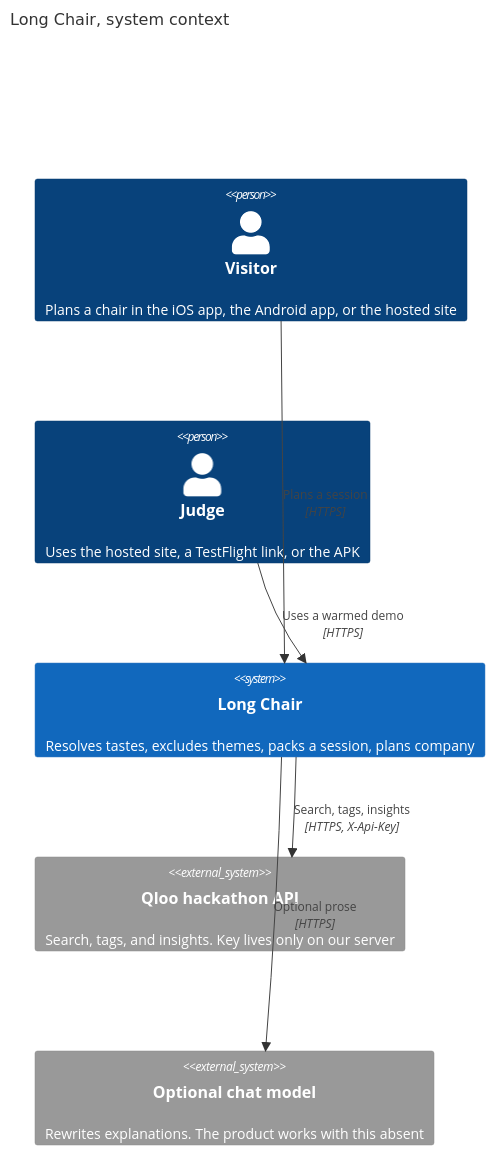
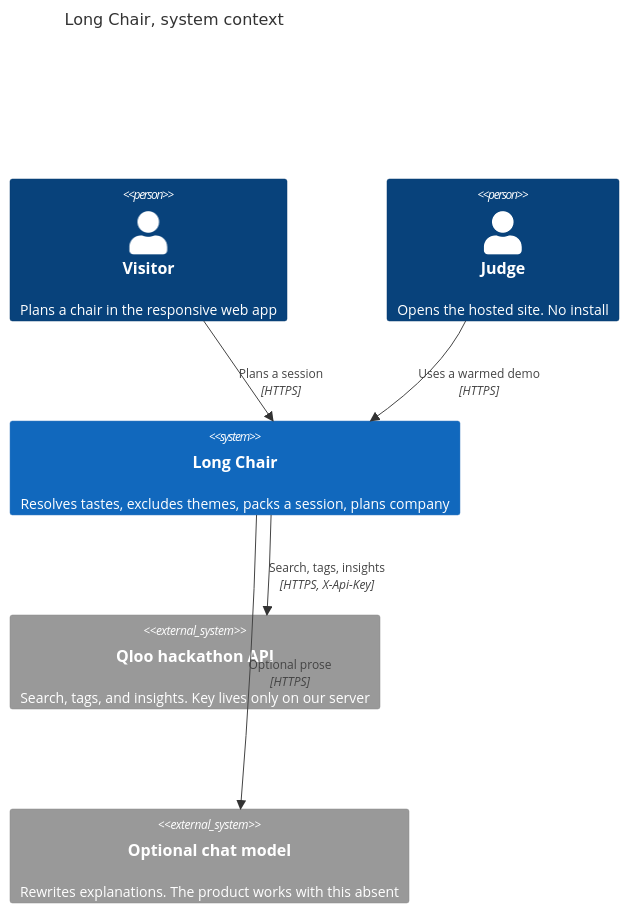
One commit to oscarito9410/long-chair changed the first of 6 diagrams in docs/architecture/ARCHITECTURE.md. Above: the diagram before and after it, drawn with Mermaid. The commit also changed other lines of this file and 219 other files, not shown here.

````diff
--- a/docs/architecture/ARCHITECTURE.md
+++ b/docs/architecture/ARCHITECTURE.md
@@ -26,15 +26,15 @@
 ```mermaid
 C4Context
 title Long Chair, system context
 
-Person(visitor, "Visitor", "Plans a chair in the iOS app, the Android app, or the hosted site")
-Person(judge, "Judge", "Uses the hosted site, a TestFlight link, or the APK")
+Person(visitor, "Visitor", "Plans a chair in the responsive web app")
+Person(judge, "Judge", "Opens the hosted site. No install")
 System(longchair, "Long Chair", "Resolves tastes, excludes themes, packs a session, plans company")
 System_Ext(qloo, "Qloo hackathon API", "Search, tags, and insights. Key lives only on our server")
 System_Ext(llm, "Optional chat model", "Rewrites explanations. The product works with this absent")
 
 Rel(visitor, longchair, "Plans a session", "HTTPS")
 Rel(judge, longchair, "Uses a warmed demo", "HTTPS")
 Rel(longchair, qloo, "Search, tags, insights", "HTTPS, X-Api-Key")
 Rel(longchair, llm, "Optional prose", "HTTPS")
 ```
````
